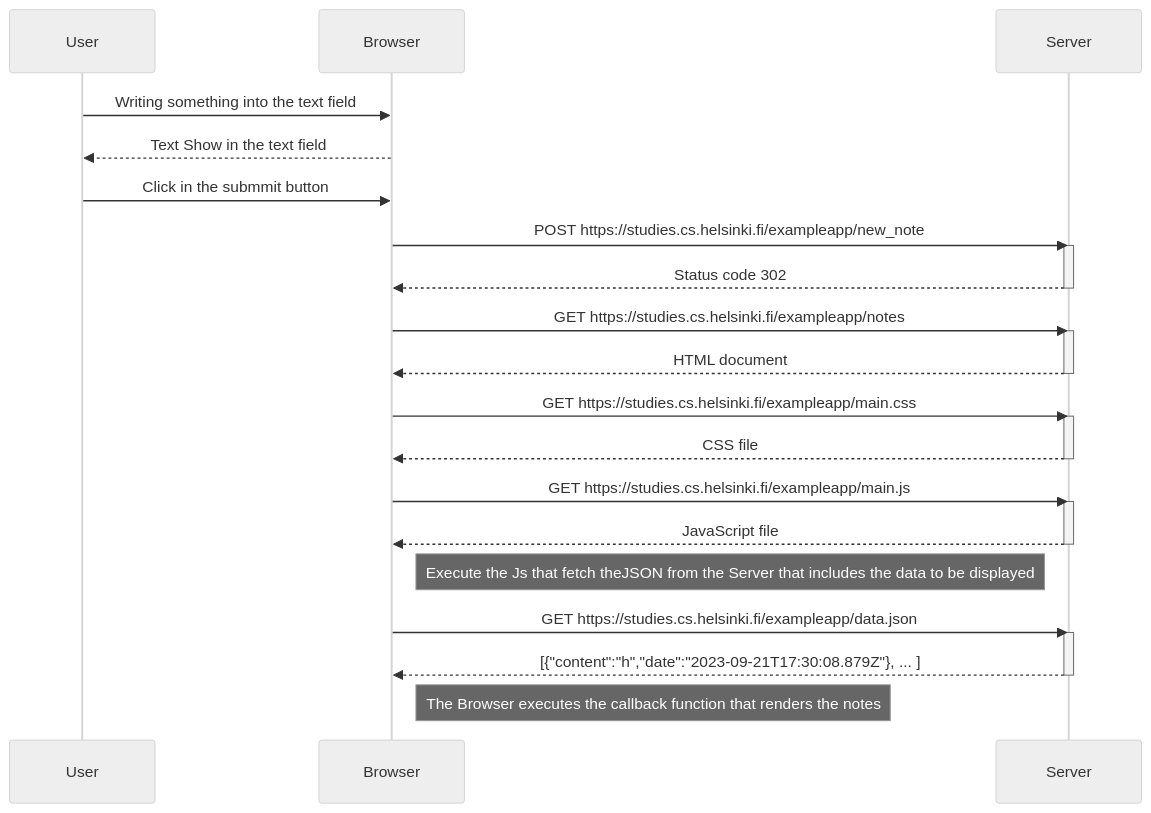
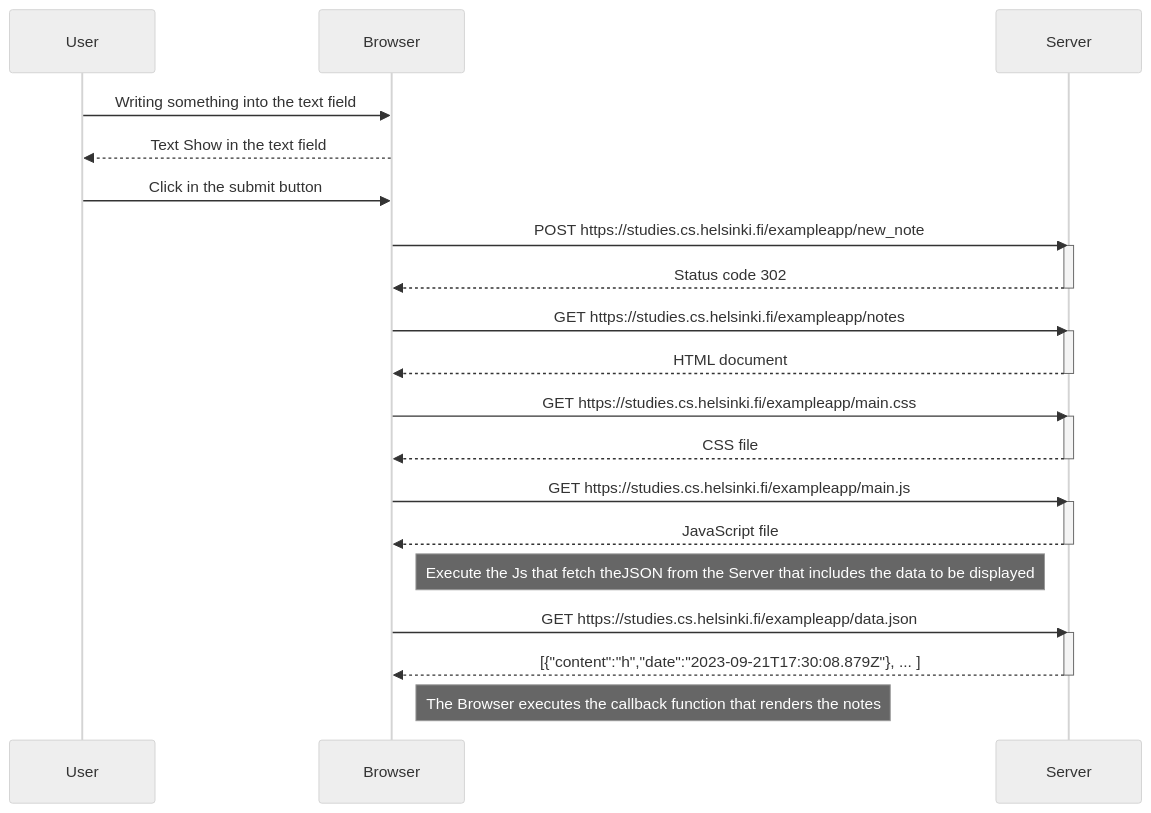
The diagram in part0/0.4NewNoteDiagram.mmd (Khalentello/FullStackOpen), drawn with Mermaid (neutral theme) before and after one commit. The commit also changed 2 other files, not shown here.

Commit message:
Add the 2 last  diagrams

```diff
--- a/part0/0.4NewNoteDiagram.mmd
+++ b/part0/0.4NewNoteDiagram.mmd
@@ -1,39 +1,38 @@
 sequenceDiagram
-    participant User
-    participant Browser
-    participant Server
+participant User
+participant Browser
+participant Server
 
     User->>Browser: Writing something into the text field
     Browser-->>User: Text Show in the text field
 
-    User->>Browser: Click in the submmit button 
-    
+    User->>Browser: Click in the submit button
     Browser->>Server: POST https://studies.cs.helsinki.fi/exampleapp/new_note
     activate Server
     Server-->>Browser: Status code 302
     deactivate Server
 
     Browser->>Server: GET https://studies.cs.helsinki.fi/exampleapp/notes
     activate Server
     Server-->>Browser: HTML document
     deactivate Server
 
     Browser->>Server: GET https://studies.cs.helsinki.fi/exampleapp/main.css
     activate Server
     Server-->>Browser: CSS file
     deactivate Server
 
     Browser->>Server: GET https://studies.cs.helsinki.fi/exampleapp/main.js
     activate Server
     Server-->>Browser: JavaScript file
     deactivate Server
 
     Note right of Browser: Execute the Js that fetch theJSON from the Server that includes the data to be displayed
 
     Browser->>Server: GET https://studies.cs.helsinki.fi/exampleapp/data.json
     activate Server
     Server-->>Browser: [{"content":"h","date":"2023-09-21T17:30:08.879Z"}, ... ]
-    
+
     deactivate Server
 
     Note right of Browser: The Browser executes the callback function that renders the notes
```
